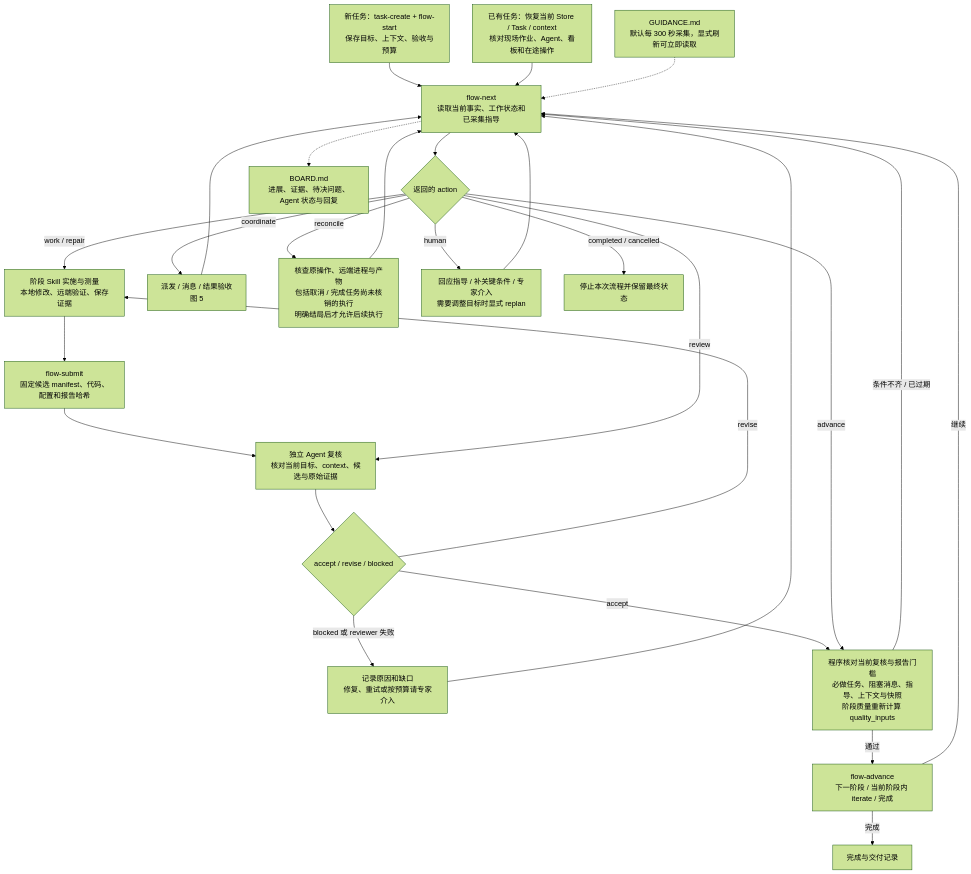
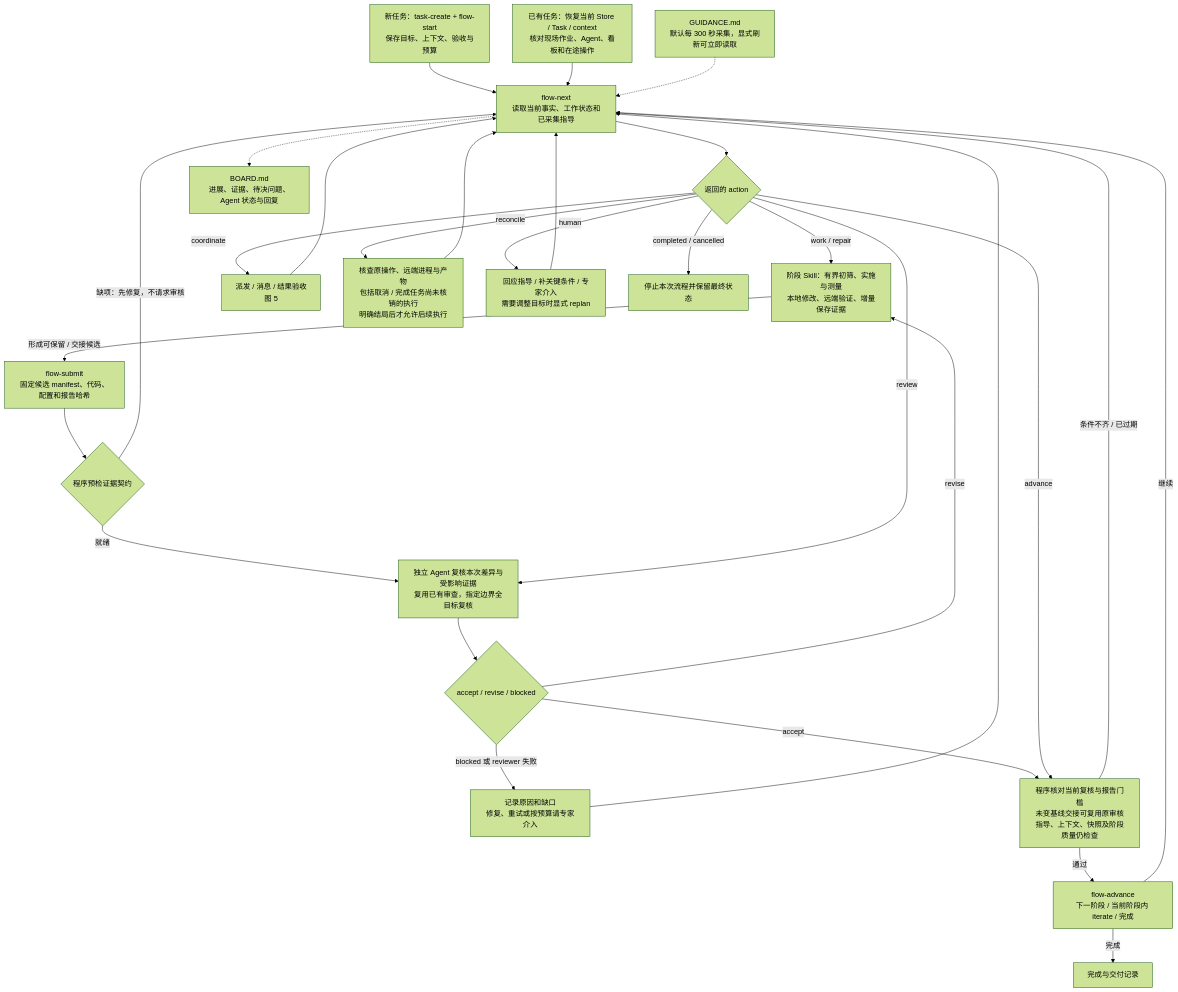
Before and after one commit to yuguo-Jack/HCU-TrainFlow: the ninth of 13 diagrams in docs/workflow-map.md, drawn with Mermaid (forest theme). The commit also changed other lines of this file and 22 other files, not shown here.

````diff
--- a/docs/workflow-map.md
+++ b/docs/workflow-map.md
@@ -303,29 +303,31 @@
 ```mermaid
 flowchart TD
     START["新任务：task-create + flow-start<br/>保存目标、上下文、验收与预算"] --> NEXT["flow-next<br/>读取当前事实、工作状态和已采集指导"]
     RESUME["已有任务：恢复当前 Store / Task / context<br/>核对现场作业、Agent、看板和在途操作"] --> NEXT
     NEXT --> ACT{"返回的 action"}
-    ACT -->|work / repair| WORK["阶段 Skill 实施与测量<br/>本地修改、远端验证、保存证据"]
+    ACT -->|work / repair| WORK["阶段 Skill：有界初筛、实施与测量<br/>本地修改、远端验证、增量保存证据"]
     ACT -->|coordinate| TEAM["派发 / 消息 / 结果验收<br/>图 5"]
     TEAM --> NEXT
-    WORK --> SUB["flow-submit<br/>固定候选 manifest、代码、配置和报告哈希"]
-    SUB --> REV["独立 Agent 复核<br/>核对当前目标、context、候选与原始证据"]
+    WORK -->|形成可保留 / 交接候选| SUB["flow-submit<br/>固定候选 manifest、代码、配置和报告哈希"]
+    SUB --> PRE{"程序预检证据契约"}
+    PRE -->|缺项：先修复，不请求审核| NEXT
+    PRE -->|就绪| REV["独立 Agent 复核本次差异与受影响证据<br/>复用已有审查，指定边界全目标复核"]
     ACT -->|review| REV
     REV --> VER{"accept / revise / blocked"}
     VER -->|revise| WORK
     VER -->|blocked 或 reviewer 失败| ISSUE["记录原因和缺口<br/>修复、重试或按预算请专家介入"]
     ISSUE --> NEXT
-    VER -->|accept| GATE["程序核对当前复核与报告门槛<br/>必做任务、阻塞消息、指导、上下文与快照<br/>阶段质量重新计算 quality_inputs"]
+    VER -->|accept| GATE["程序核对当前复核与报告门槛<br/>未变基线交接可复用原审核<br/>指导、上下文、快照及阶段质量仍检查"]
     ACT -->|advance| GATE
     GATE -->|条件不齐 / 已过期| NEXT
     GATE -->|通过| ADV["flow-advance<br/>下一阶段 / 当前阶段内 iterate / 完成"]
     ADV -->|继续| NEXT
     ADV -->|完成| DONE["完成与交付记录"]
     ACT -->|reconcile| REC["核查原操作、远端进程与产物<br/>包括取消 / 完成任务尚未核销的执行<br/>明确结局后才允许后续执行"]
     REC --> NEXT
     ACT -->|human| HUMAN["回应指导 / 补关键条件 / 专家介入<br/>需要调整目标时显式 replan"]
     HUMAN --> NEXT
     ACT -->|completed / cancelled| ENDSTATE["停止本次流程并保留最终状态"]
     GD["GUIDANCE.md<br/>默认每 300 秒采集，显式刷新可立即读取"] -.-> NEXT
     NEXT -.-> BD["BOARD.md<br/>进展、证据、待决问题、Agent 状态与回复"]
 ```
````
